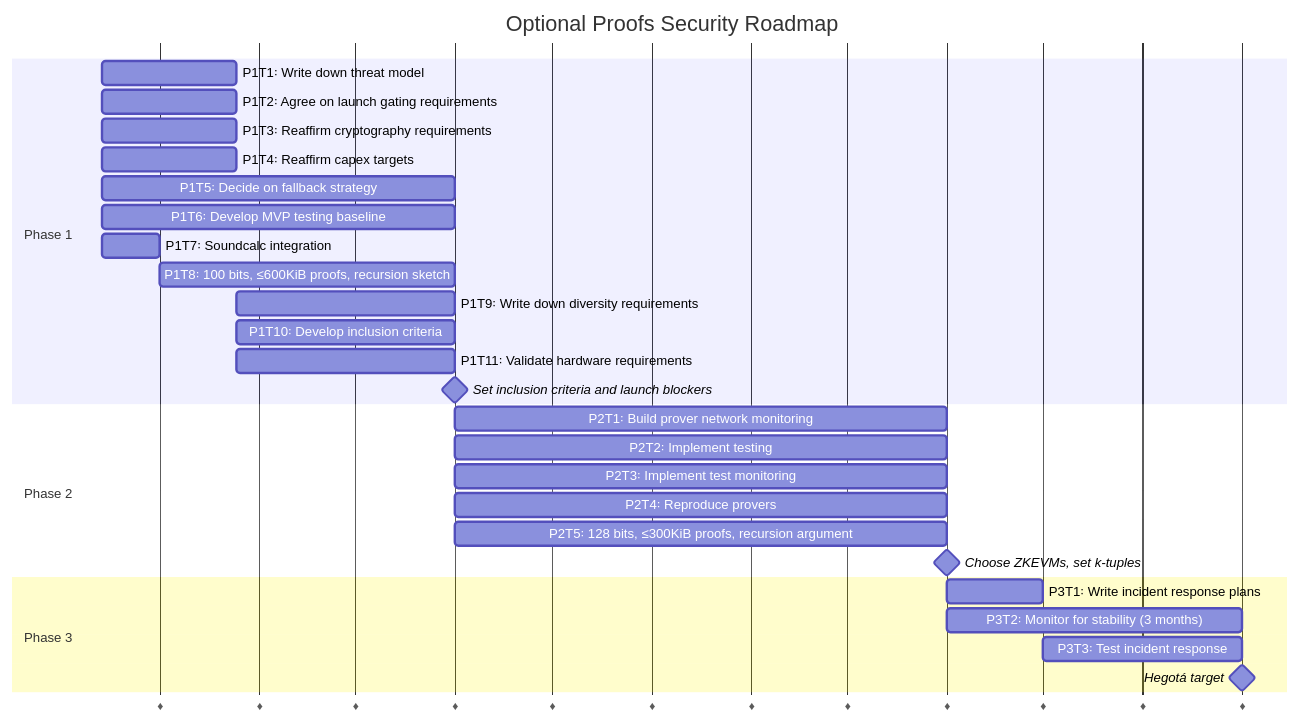
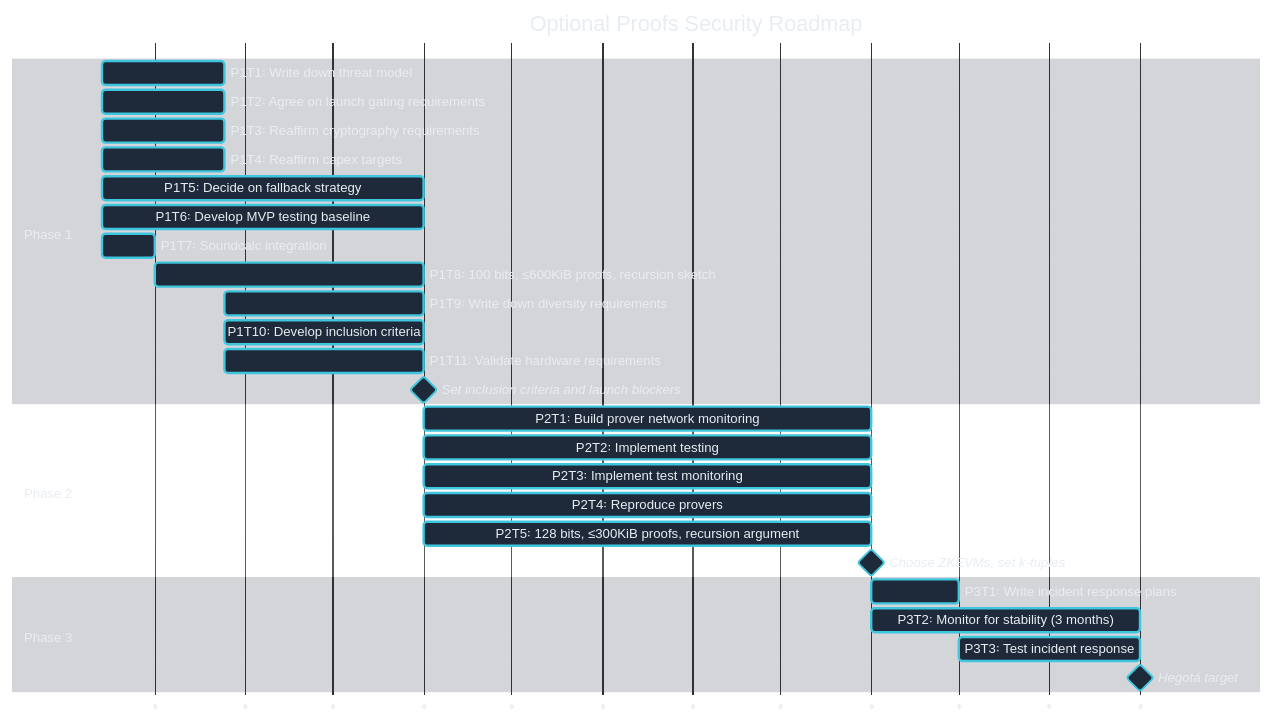
Before and after one commit to codygunton/talks-and-writing: the diagram in 2026-02-11-zkevm-breakout/diagrams/roadmap.mmd, drawn with Mermaid. The commit also changed 1 other file, not shown here.

Commit message:
move mermaid config and resize

```diff
--- a/2026-02-11-zkevm-breakout/diagrams/roadmap.mmd
+++ b/2026-02-11-zkevm-breakout/diagrams/roadmap.mmd
@@ -1,34 +1,66 @@
+%%{init: {
+  'theme': 'base',
+  'themeVariables': {
+    'primaryColor': '#1e2a3a',
+    'primaryTextColor': '#e8edf3',
+    'primaryBorderColor': '#0DAFD2',
+    'secondaryColor': '#243044',
+    'secondaryTextColor': '#e8edf3',
+    'secondaryBorderColor': '#8abff9',
+    'tertiaryColor': '#1a2535',
+    'tertiaryTextColor': '#e8edf3',
+    'lineColor': '#8abff9',
+    'textColor': '#e8edf3',
+    'mainBkg': '#1e2a3a',
+    'sectionBkgColor': '#2a3040',
+    'sectionBkgColor2': '#2a3040',
+    'gridColor': '#2a3a4e',
+    'cScale0': '#3fc5dd',
+    'cScale1': '#3fc5dd',
+    'cScale2': '#3fc5dd',
+    'cScaleLabel0': '#e8edf3',
+    'cScaleLabel1': '#e8edf3',
+    'cScaleLabel2': '#e8edf3',
+    'taskTextColor': '#e8edf3',
+    'taskBorderColor': '#3fc5dd',
+    'todayLineColor': '#0DAFD2',
+    'fontFamily': 'Inter, sans-serif',
+    'fontSize': '14px'
+  },
+  'gantt': { 'useWidth': 1140, 'rightPadding': 200 }
+}}%%
 gantt
     title Optional Proofs Security Roadmap
     %% NOTE: the dates below are just to establish relative sizes of bars.
     %% They do not directly correspond to agreed-upon deadlines.
     dateFormat YYYY-MM-DD
+    todayMarker off
     axisFormat ♦
 
     section Phase 1
     P1T1꞉ Write down threat model               :p1t1, 2026-02-11, 6w
     P1T2꞉ Agree on launch gating requirements   :p1t2, 2026-02-11, 6w
     P1T3꞉ Reaffirm cryptography requirements    :p1t3, 2026-02-11, 6w
     P1T4꞉ Reaffirm capex targets                :p1t4, 2026-02-11, 6w
     P1T5꞉ Decide on fallback strategy           :p1t5, 2026-02-11, 2026-06-01
     P1T6꞉ Develop MVP testing baseline          :p1t6, 2026-02-11, 2026-06-01
     P1T7꞉ Soundcalc integration                 :p1t7, 2026-02-11, 2026-03-01
     P1T8꞉ 100 bits, ≤600KiB proofs, recursion sketch  :p1t8, after p1t7, 2026-06-01
     P1T9꞉ Write down diversity requirements     :p1t9, after p1t2, 2026-06-01
     P1T10꞉ Develop inclusion criteria           :p1t10, after p1t2, 2026-06-01
     P1T11꞉ Validate hardware requirements       :p1t11, after p1t4, 2026-06-01
     Set inclusion criteria and launch blockers   :milestone, 2026-06-01, 0d
 
     section Phase 2
     P2T1꞉ Build prover network monitoring       :p2t1, 2026-06-01, 2026-11-01
     P2T2꞉ Implement testing                     :p2t2, 2026-06-01, 2026-11-01
     P2T3꞉ Implement test monitoring             :p2t3, 2026-06-01, 2026-11-01
     P2T4꞉ Reproduce provers                     :p2t4, 2026-06-01, 2026-11-01
     P2T5꞉ 128 bits, ≤300KiB proofs, recursion argument :p2t5, 2026-06-01, 2026-11-01
     Choose ZKEVMs, set k-tuples                  :milestone, 2026-11-01, 0d
 
     section Phase 3
     P3T1꞉ Write incident response plans         :p3t1, 2026-11-01, 2026-12-01
     P3T2꞉ Monitor for stability (3 months)      :p3t2, 2026-11-01, 2027-02-01
     P3T3꞉ Test incident response                :p3t3, 2026-12-01, 2027-02-01
     Hegotá target                                :milestone, 2027-02-01, 0d
```
